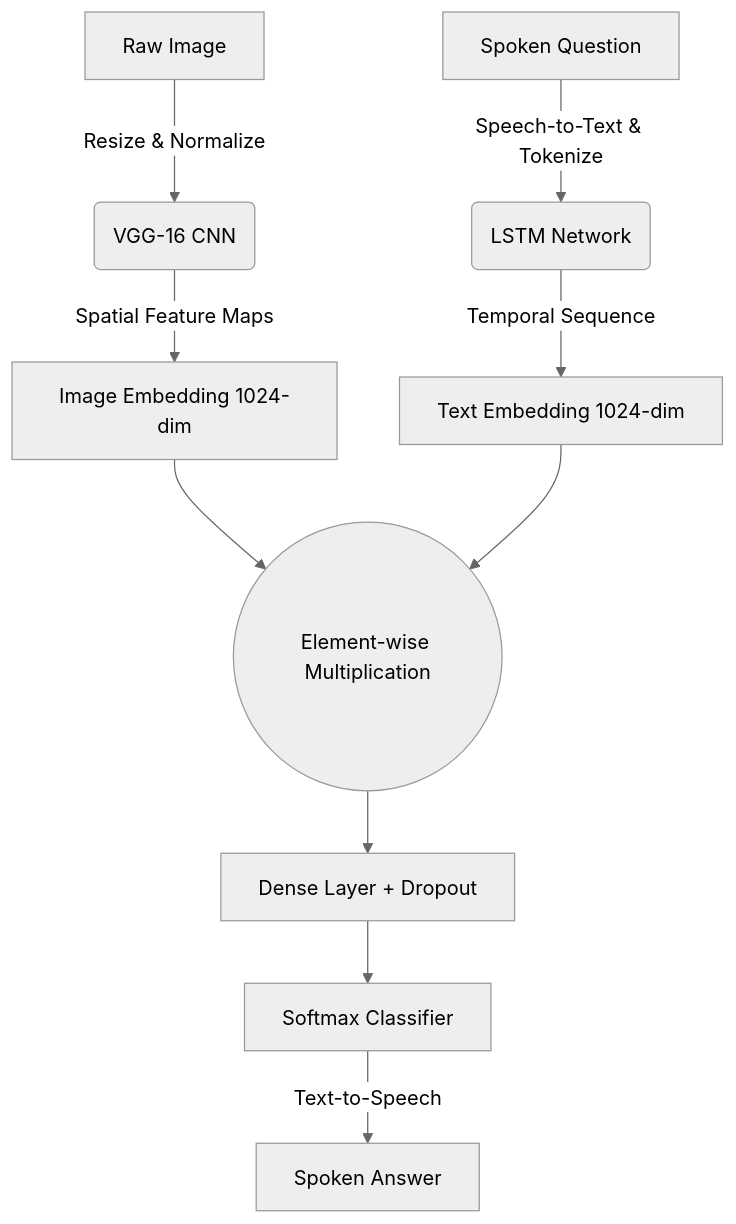
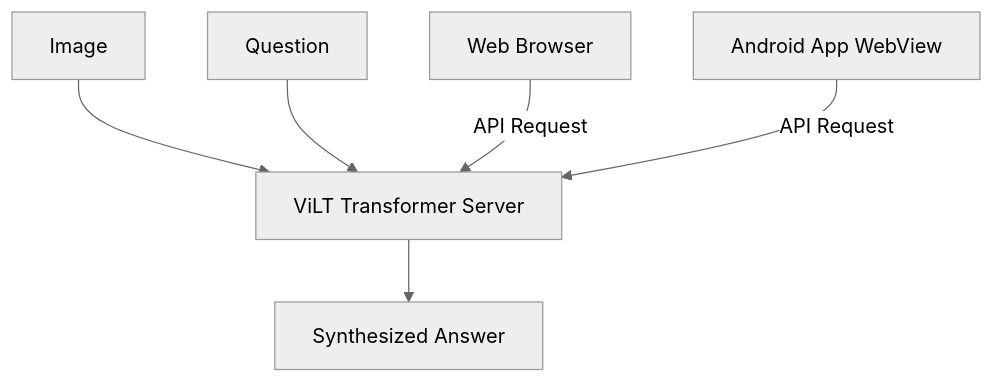
One commit to avinav2401/VISUAL-QUESTION-ANSWERING changed the diagram in README.md. Above: the diagram before and after it, drawn with Mermaid (neutral theme). The commit also changed other lines of this file, not shown here.

Commit message:
Update README with new unified WebView architecture

````diff
--- a/README.md
+++ b/README.md
@@ -43,15 +47,9 @@
 ```mermaid
 graph TD
-    A[Raw Image] -->|Resize & Normalize| B(VGG-16 CNN)
-    C[Spoken Question] -->|Speech-to-Text & Tokenize| D(LSTM Network)
+    A[Image] --> B[ViLT Transformer Server]
+    C[Question] --> B
+    B --> D[Synthesized Answer]
     
-    B -->|Spatial Feature Maps| E[Image Embedding 1024-dim]
-    D -->|Temporal Sequence| F[Text Embedding 1024-dim]
-    
-    E --> G((Element-wise Multiplication))
-    F --> G
-    
-    G --> H[Dense Layer + Dropout]
-    H --> I[Softmax Classifier]
-    I -->|Text-to-Speech| J[Spoken Answer]
+    E[Web Browser] --> |API Request| B
+    F[Android App WebView] --> |API Request| B
 ```
````
